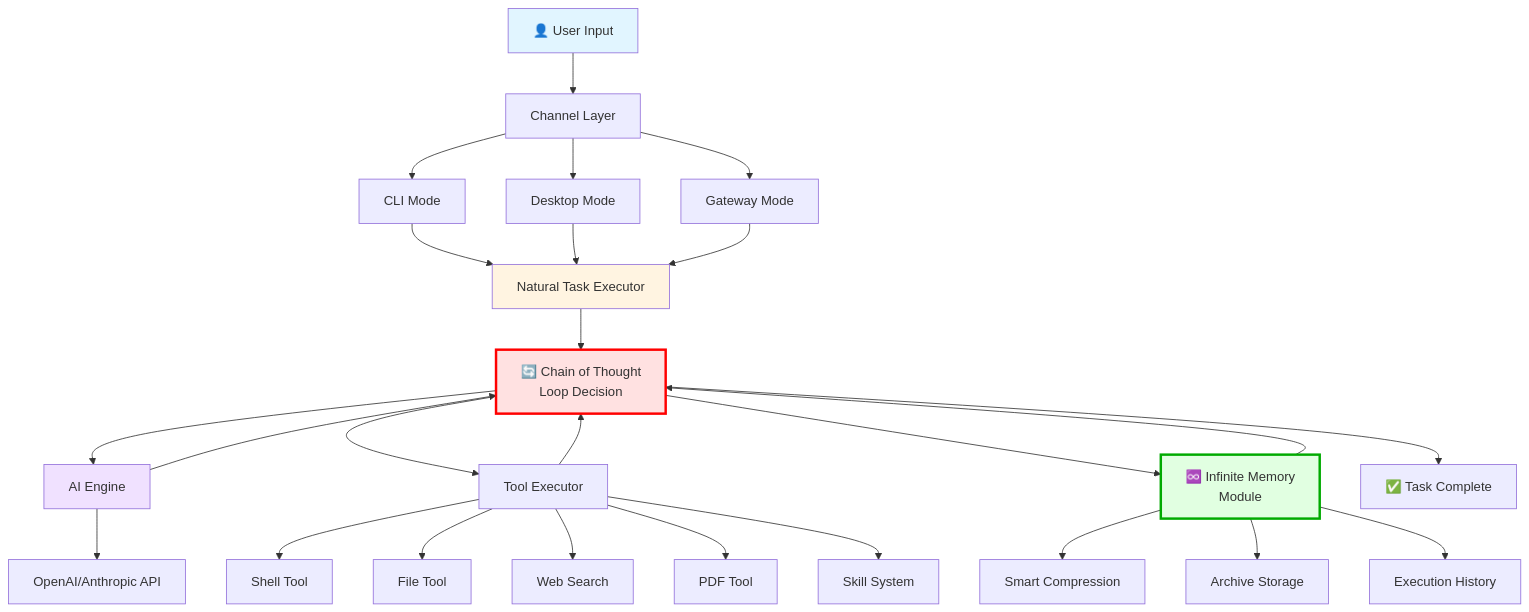
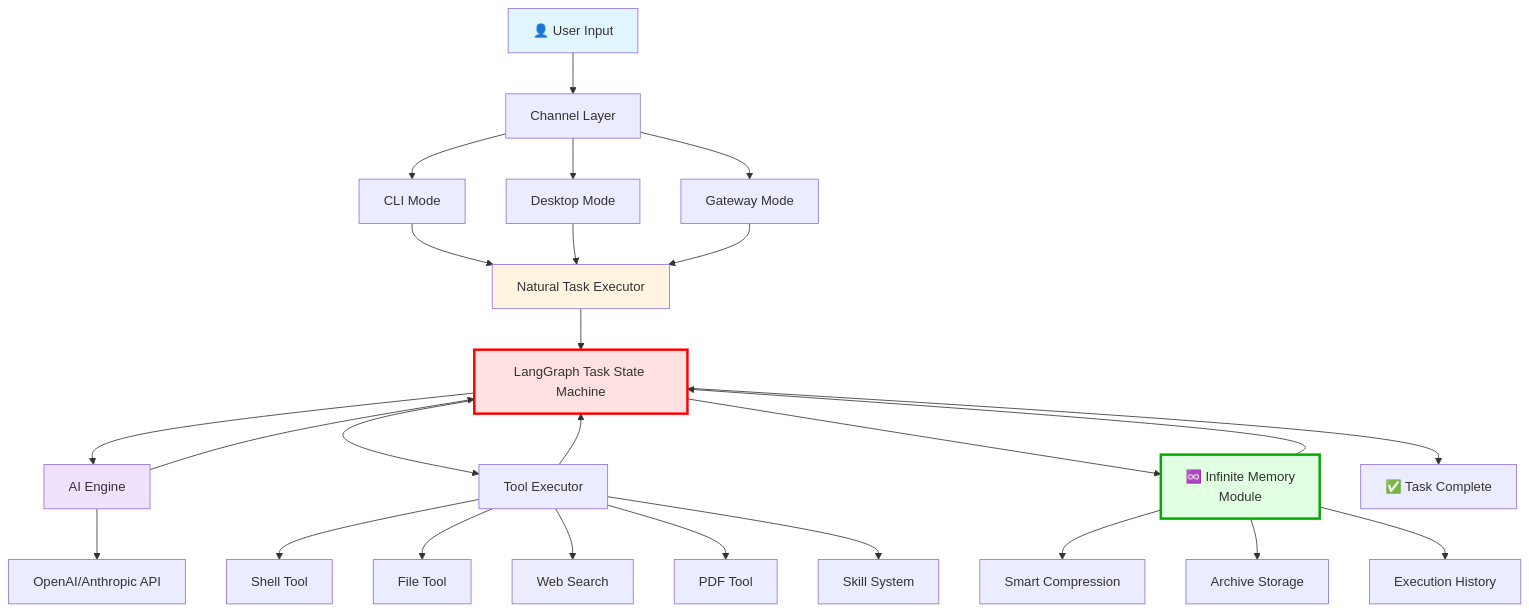
The diagram in README.md (chuanchuan123321/JCodex), drawn with Mermaid before and after one commit. The commit also changed other lines of this file and 122 other files, not shown here.

````diff
--- a/README.md
+++ b/README.md
@@ -25,42 +31,42 @@
 ```mermaid
 graph TB
     User[👤 User Input] --> Channel[Channel Layer]
     Channel --> CLI[CLI Mode]
     Channel --> Desktop[Desktop Mode]
     Channel --> Gateway[Gateway Mode]
 
     CLI --> Executor[Natural Task Executor]
     Desktop --> Executor
     Gateway --> Executor
 
-    Executor --> Loop[🔄 Chain of Thought<br/>Loop Decision]
+    Executor --> Loop[LangGraph Task State Machine]
 
     Loop --> AI[AI Engine]
     Loop --> Tools[Tool Executor]
     Loop --> Memory[♾️ Infinite Memory<br/>Module]
 
     AI --> API[OpenAI/Anthropic API]
     AI --> Loop
 
     Tools --> Shell[Shell Tool]
     Tools --> File[File Tool]
     Tools --> Web[Web Search]
     Tools --> PDF[PDF Tool]
     Tools --> Skill[Skill System]
 
     Tools --> Loop
 
     Memory --> Compress[Smart Compression]
     Memory --> Archive[Archive Storage]
     Memory --> History[Execution History]
 
     Memory --> Loop
 
     Loop --> Output[✅ Task Complete]
 
     style User fill:#e1f5ff
     style Loop fill:#ffe1e1,stroke:#ff0000,stroke-width:3px
     style Memory fill:#e1ffe1,stroke:#00aa00,stroke-width:3px
     style AI fill:#f0e1ff
     style Executor fill:#fff4e1
 ```
````
